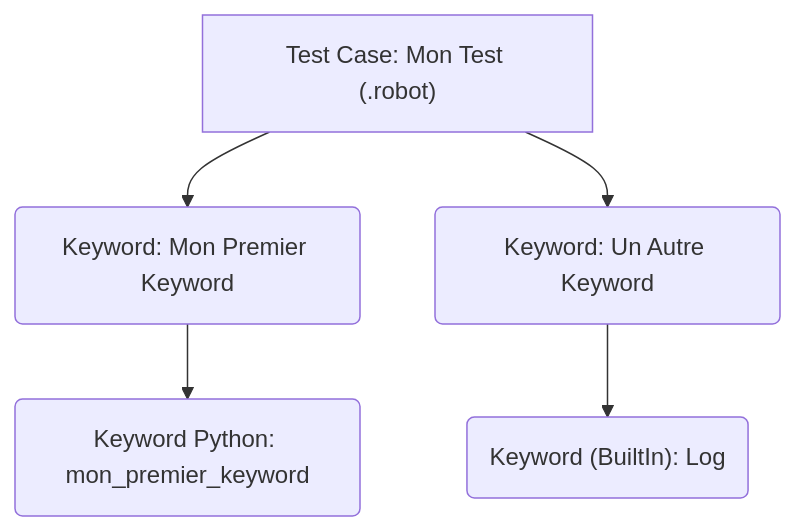
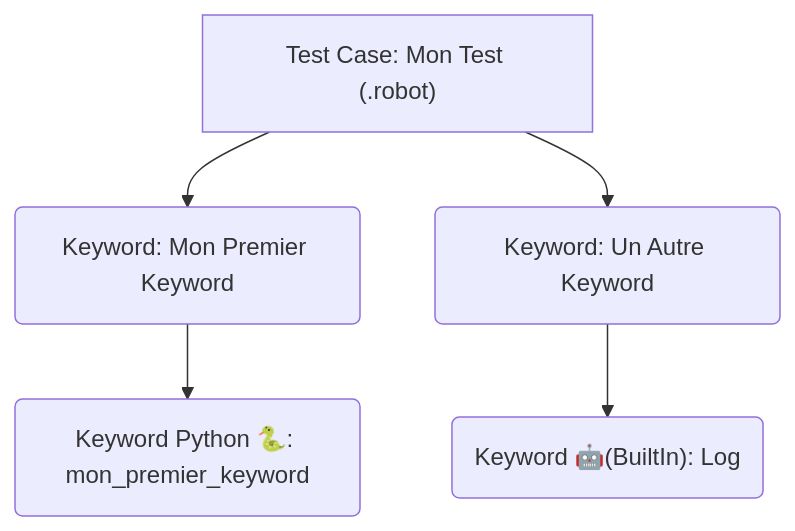
The fourth of 13 diagrams in slides.md (remi-picard/robot-slides), drawn with Mermaid before and after one commit. The commit also changed other lines of this file and 4 other files, not shown here.

````diff
--- a/slides.md
+++ b/slides.md
@@ -514,7 +554,7 @@
 ```mermaid
 graph TD
     A["Test Case: Mon Test (.robot)"] --> B("Keyword: Mon Premier Keyword")
-    B --> C("Keyword Python: mon_premier_keyword")
+    B --> C("Keyword Python 🐍: mon_premier_keyword")
     A --> D("Keyword: Un Autre Keyword")
-    D --> E("Keyword (BuiltIn): Log")
+    D --> E("Keyword 🤖(BuiltIn): Log")
 ```
````
